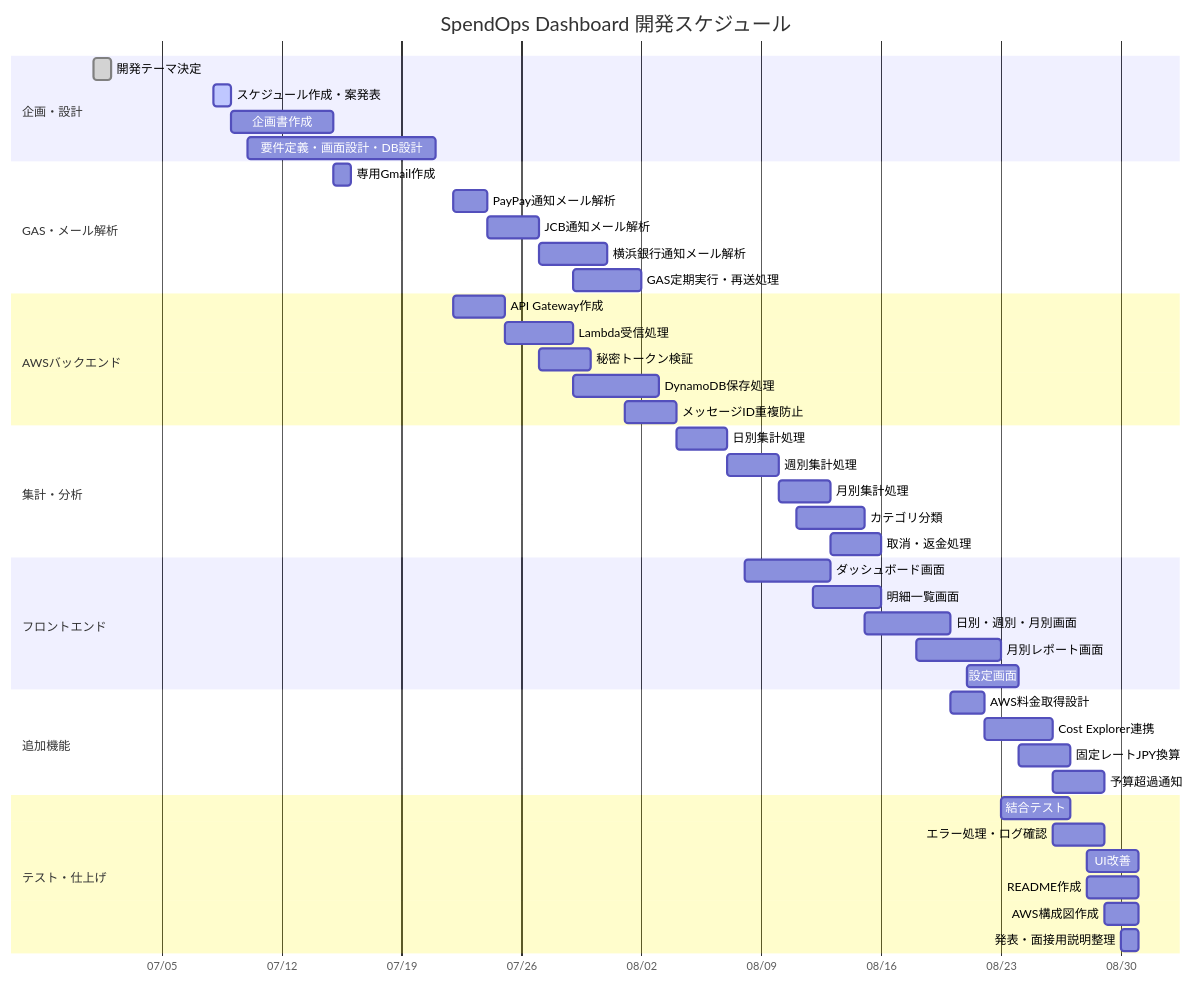
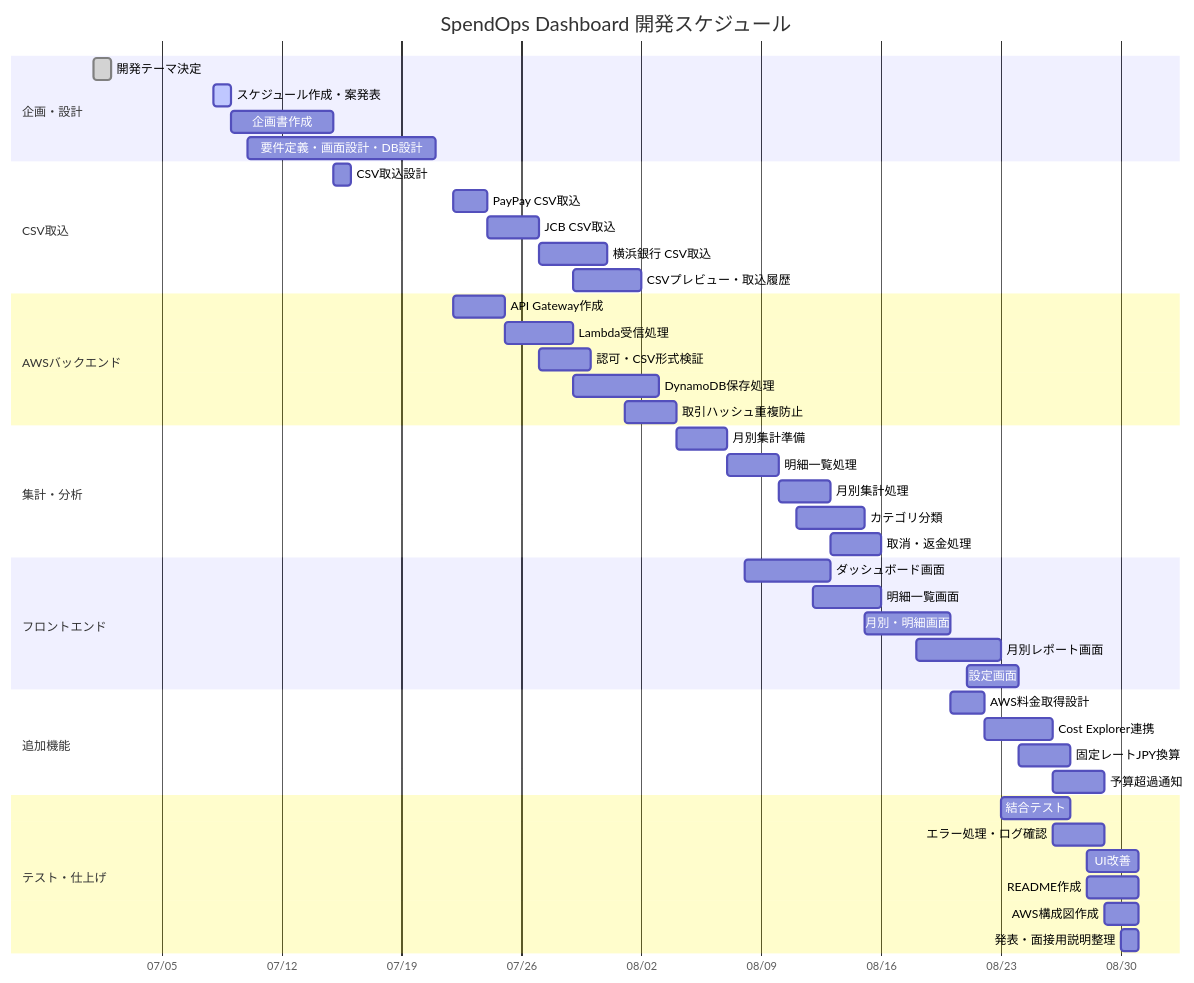
Before and after one commit to Muratayuduki/SpendOps_Dashboard: the diagram in notion/spendops_dashboard_notion_plan_with_gantt.md, drawn with Mermaid. The commit also changed other lines of this file and 18 other files, not shown here.

````diff
--- a/notion/spendops_dashboard_notion_plan_with_gantt.md
+++ b/notion/spendops_dashboard_notion_plan_with_gantt.md
@@ -896,54 +1051,54 @@
 ```mermaid
 gantt
     title SpendOps Dashboard 開発スケジュール
     dateFormat  YYYY-MM-DD
     axisFormat  %m/%d
 
     section 企画・設計
     開発テーマ決定                  :done,    a1, 2026-07-01, 1d
     スケジュール作成・案発表          :active,  a2, 2026-07-08, 1d
     企画書作成                      :         a3, 2026-07-09, 2026-07-15
     要件定義・画面設計・DB設計        :         a4, 2026-07-10, 2026-07-21
 
-    section GAS・メール解析
-    専用Gmail作成                   :         b1, 2026-07-15, 2026-07-16
-    PayPay通知メール解析             :         b2, 2026-07-22, 2026-07-24
-    JCB通知メール解析                :         b3, 2026-07-24, 2026-07-27
-    横浜銀行通知メール解析            :         b4, 2026-07-27, 2026-07-31
-    GAS定期実行・再送処理             :         b5, 2026-07-29, 2026-08-02
+    section CSV取込
+    CSV取込設計                     :         b1, 2026-07-15, 2026-07-16
+    PayPay CSV取込                  :         b2, 2026-07-22, 2026-07-24
+    JCB CSV取込                     :         b3, 2026-07-24, 2026-07-27
+    横浜銀行 CSV取込                 :         b4, 2026-07-27, 2026-07-31
+    CSVプレビュー・取込履歴           :         b5, 2026-07-29, 2026-08-02
 
     section AWSバックエンド
     API Gateway作成                 :         c1, 2026-07-22, 2026-07-25
     Lambda受信処理                  :         c2, 2026-07-25, 2026-07-29
-    秘密トークン検証                 :         c3, 2026-07-27, 2026-07-30
+    認可・CSV形式検証               :         c3, 2026-07-27, 2026-07-30
     DynamoDB保存処理                :         c4, 2026-07-29, 2026-08-03
-    メッセージID重複防止              :         c5, 2026-08-01, 2026-08-04
+    取引ハッシュ重複防止              :         c5, 2026-08-01, 2026-08-04
 
     section 集計・分析
-    日別集計処理                    :         d1, 2026-08-04, 2026-08-07
-    週別集計処理                    :         d2, 2026-08-07, 2026-08-10
+    月別集計準備                    :         d1, 2026-08-04, 2026-08-07
+    明細一覧処理                    :         d2, 2026-08-07, 2026-08-10
     月別集計処理                    :         d3, 2026-08-10, 2026-08-13
     カテゴリ分類                    :         d4, 2026-08-11, 2026-08-15
     取消・返金処理                  :         d5, 2026-08-13, 2026-08-16
 
     section フロントエンド
     ダッシュボード画面               :         e1, 2026-08-08, 2026-08-13
     明細一覧画面                    :         e2, 2026-08-12, 2026-08-16
-    日別・週別・月別画面             :         e3, 2026-08-15, 2026-08-20
+    月別・明細画面             :         e3, 2026-08-15, 2026-08-20
     月別レポート画面                :         e4, 2026-08-18, 2026-08-23
     設定画面                        :         e5, 2026-08-21, 2026-08-24
 
     section 追加機能
     AWS料金取得設計                 :         f1, 2026-08-20, 2026-08-22
     Cost Explorer連携               :         f2, 2026-08-22, 2026-08-26
     固定レートJPY換算                :         f3, 2026-08-24, 2026-08-27
     予算超過通知                    :         f4, 2026-08-26, 2026-08-29
 
     section テスト・仕上げ
     結合テスト                      :         g1, 2026-08-23, 2026-08-27
     エラー処理・ログ確認             :         g2, 2026-08-26, 2026-08-29
     UI改善                         :         g3, 2026-08-28, 2026-08-31
     README作成                     :         g4, 2026-08-28, 2026-08-31
     AWS構成図作成                   :         g5, 2026-08-29, 2026-08-31
     発表・面接用説明整理             :         g6, 2026-08-30, 2026-08-31
 ```
````
